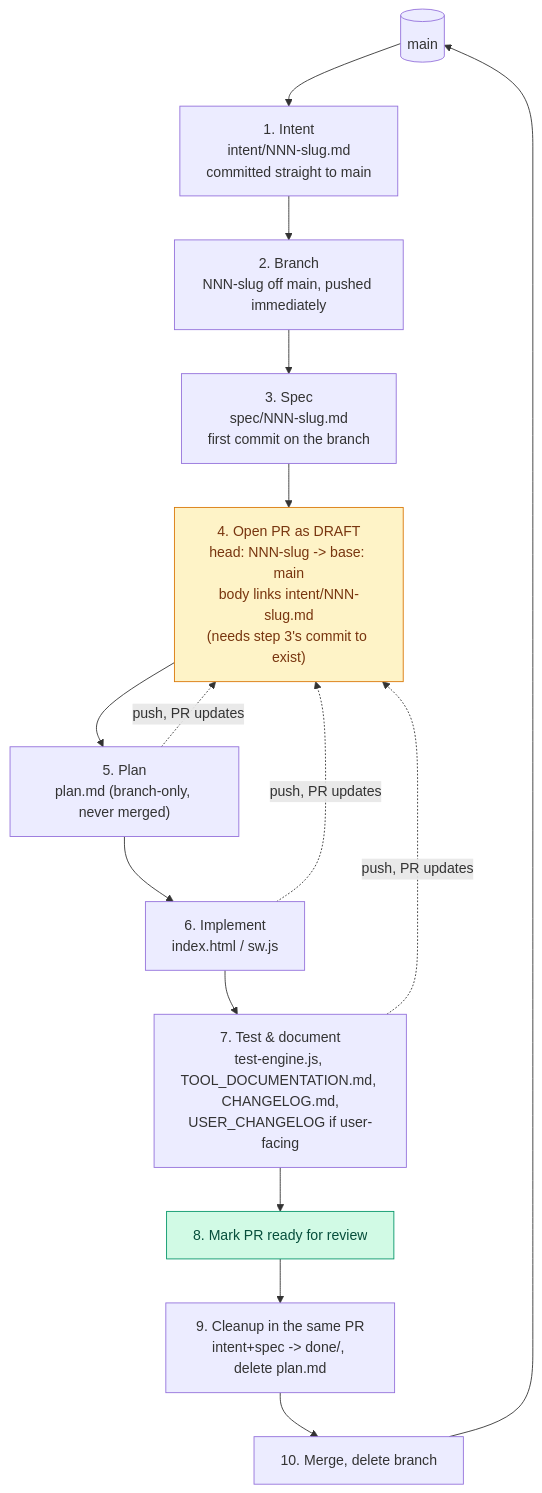
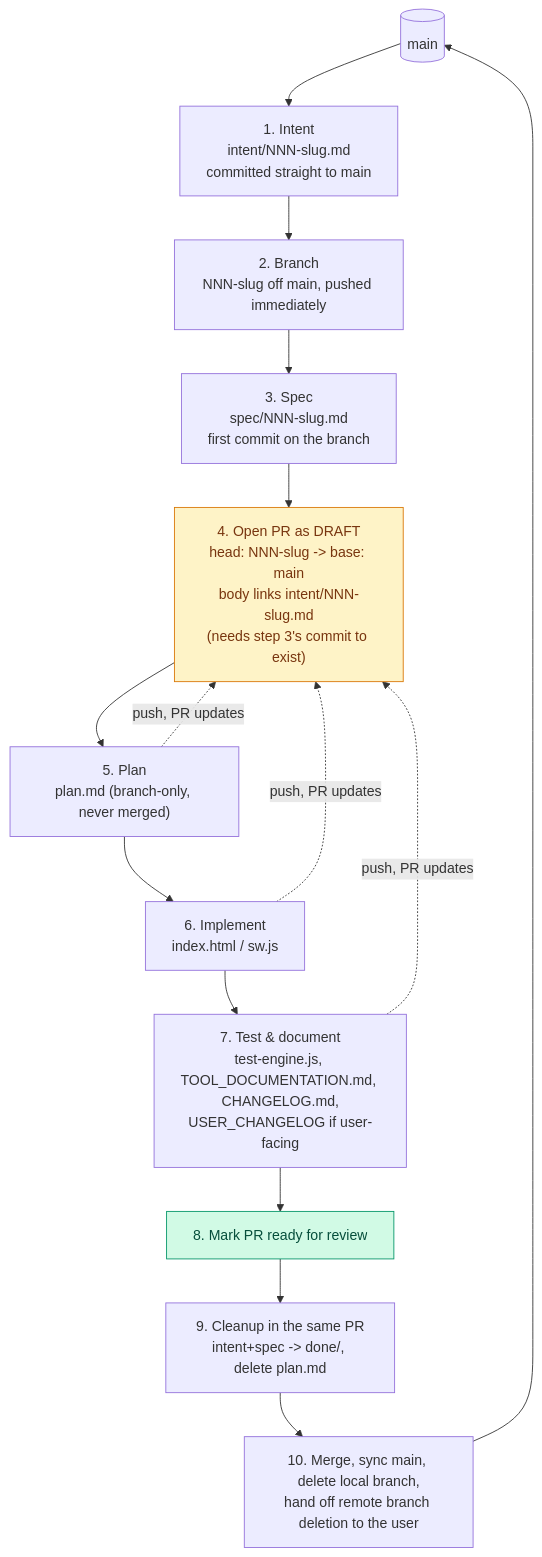
One commit to aggallim/retirement-planner changed the diagram in CONTRIBUTING.md. Above: the diagram before and after it, drawn with Mermaid. The commit also changed other lines of this file and 1 other file, not shown here.

First line of the commit message:
Fix merge step: sync main, and hand off remote branch deletion

````diff
--- a/CONTRIBUTING.md
+++ b/CONTRIBUTING.md
@@ -73,26 +84,26 @@
 ```mermaid
 flowchart TD
     Main[("main")]
     Intent["1. Intent\nintent/NNN-slug.md\ncommitted straight to main"]
     Branch["2. Branch\nNNN-slug off main, pushed immediately"]
     Spec["3. Spec\nspec/NNN-slug.md\nfirst commit on the branch"]
     PR["4. Open PR as DRAFT\nhead: NNN-slug -> base: main\nbody links intent/NNN-slug.md\n(needs step 3's commit to exist)"]
     Plan["5. Plan\nplan.md (branch-only, never merged)"]
     Impl["6. Implement\nindex.html / sw.js"]
     Docs["7. Test & document\ntest-engine.js, TOOL_DOCUMENTATION.md, CHANGELOG.md,\nUSER_CHANGELOG if user-facing"]
     Ready["8. Mark PR ready for review"]
     Cleanup["9. Cleanup in the same PR\nintent+spec -> done/, delete plan.md"]
-    Merge["10. Merge, delete branch"]
+    Merge["10. Merge, sync main, delete local branch,\nhand off remote branch deletion to the user"]
 
     Main --> Intent --> Branch --> Spec --> PR
     PR --> Plan --> Impl --> Docs --> Ready --> Cleanup --> Merge --> Main
 
     Plan -. push, PR updates .-> PR
     Impl -. push, PR updates .-> PR
     Docs -. push, PR updates .-> PR
 
     classDef pr fill:#fef3c7,stroke:#d97706,color:#78350f;
     classDef ready fill:#d1fae5,stroke:#059669,color:#064e3b;
     class PR pr;
     class Ready ready;
 ```
````
